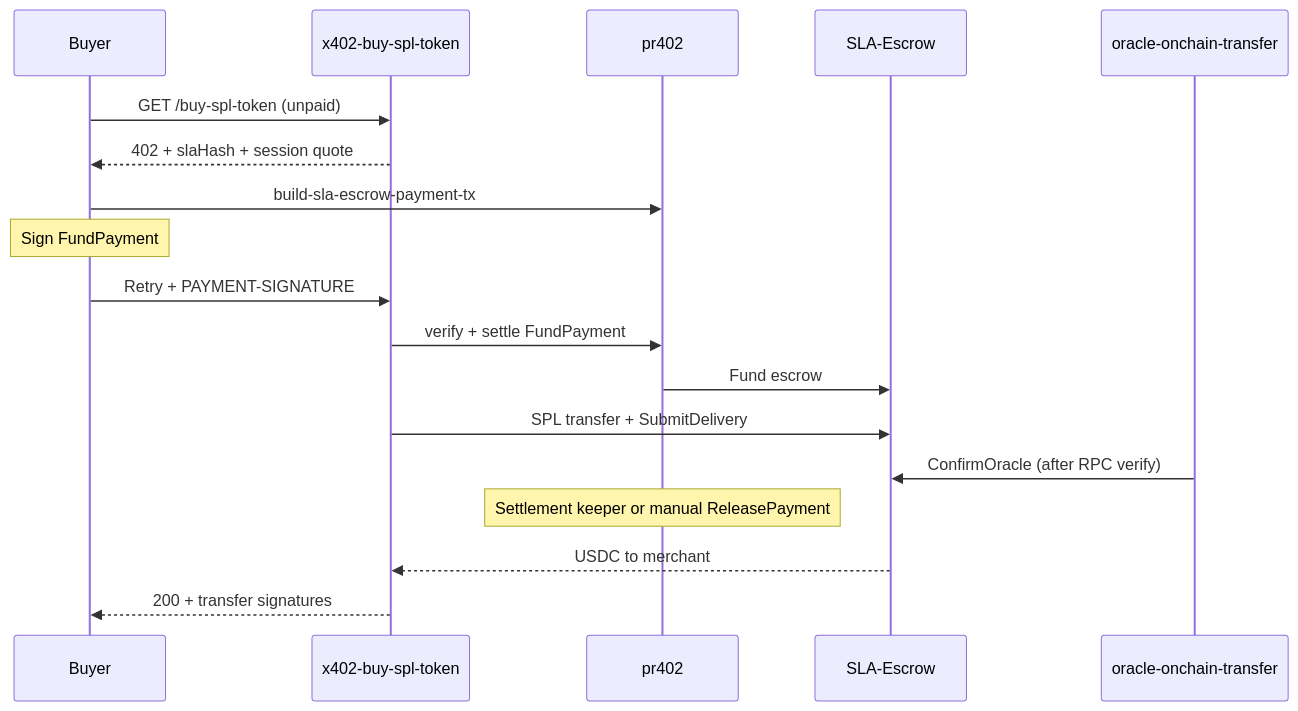
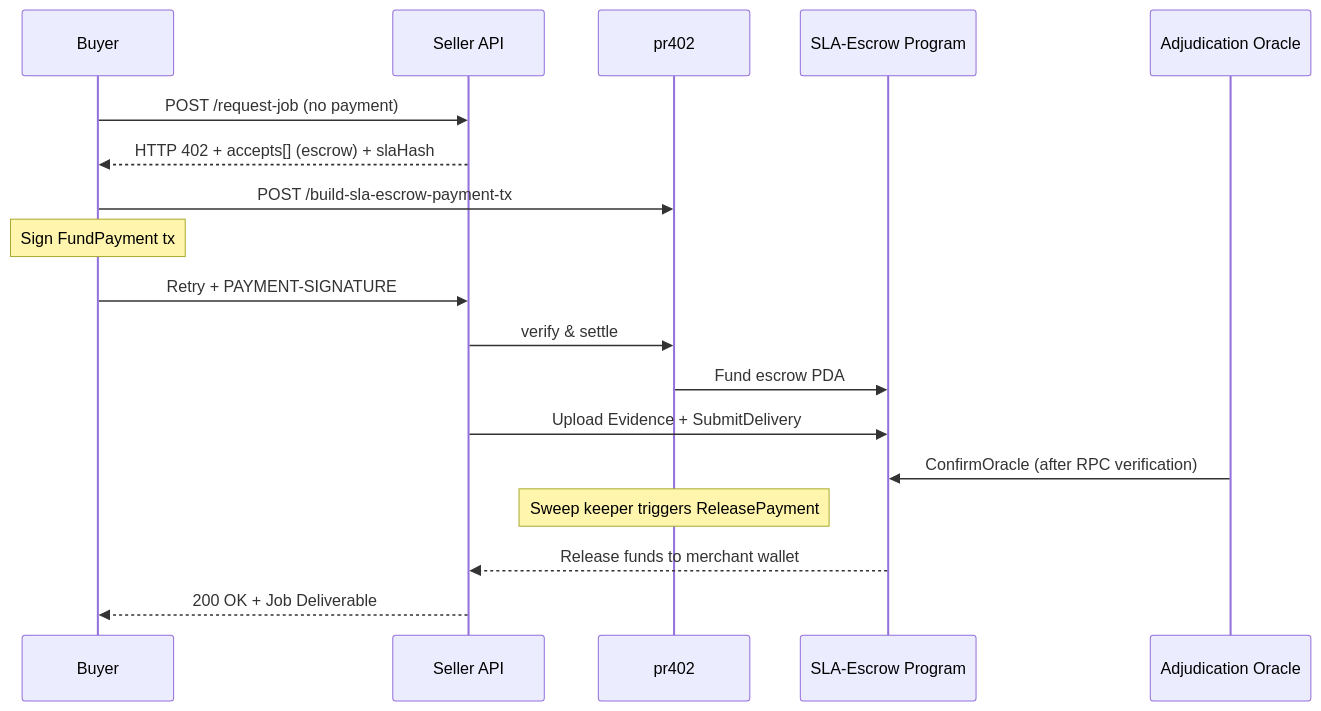
One commit to miraland-labs/x402 changed the third of 3 diagrams in ARCHITECTURE_OVERVIEW.md. Above: the diagram before and after it, drawn with Mermaid. The commit also changed other lines of this file and 2 other files, not shown here.

````diff
--- a/ARCHITECTURE_OVERVIEW.md
+++ b/ARCHITECTURE_OVERVIEW.md
@@ -201,21 +90,21 @@
 ```mermaid
 sequenceDiagram
     participant Agent as Buyer
-    participant Seller as x402-buy-spl-token
+    participant Seller as Seller API
     participant Facilitator as pr402
-    participant Escrow as SLA-Escrow
-    participant Oracle as oracle-onchain-transfer
+    participant Escrow as SLA-Escrow Program
+    participant Oracle as Adjudication Oracle
 
-    Agent->>Seller: GET /buy-spl-token (unpaid)
-    Seller-->>Agent: 402 + slaHash + session quote
-    Agent->>Facilitator: build-sla-escrow-payment-tx
-    Note over Agent: Sign FundPayment
+    Agent->>Seller: POST /request-job (no payment)
+    Seller-->>Agent: HTTP 402 + accepts[] (escrow) + slaHash
+    Agent->>Facilitator: POST /build-sla-escrow-payment-tx
+    Note over Agent: Sign FundPayment tx
     Agent->>Seller: Retry + PAYMENT-SIGNATURE
-    Seller->>Facilitator: verify + settle FundPayment
-    Facilitator->>Escrow: Fund escrow
-    Seller->>Escrow: SPL transfer + SubmitDelivery
-    Oracle->>Escrow: ConfirmOracle (after RPC verify)
-    Note over Facilitator: Settlement keeper or manual ReleasePayment
-    Escrow-->>Seller: USDC to merchant
-    Seller-->>Agent: 200 + transfer signatures
+    Seller->>Facilitator: verify & settle
+    Facilitator->>Escrow: Fund escrow PDA
+    Seller->>Escrow: Upload Evidence + SubmitDelivery
+    Oracle->>Escrow: ConfirmOracle (after RPC verification)
+    Note over Facilitator: Sweep keeper triggers ReleasePayment
+    Escrow-->>Seller: Release funds to merchant wallet
+    Seller-->>Agent: 200 OK + Job Deliverable
 ```
````
